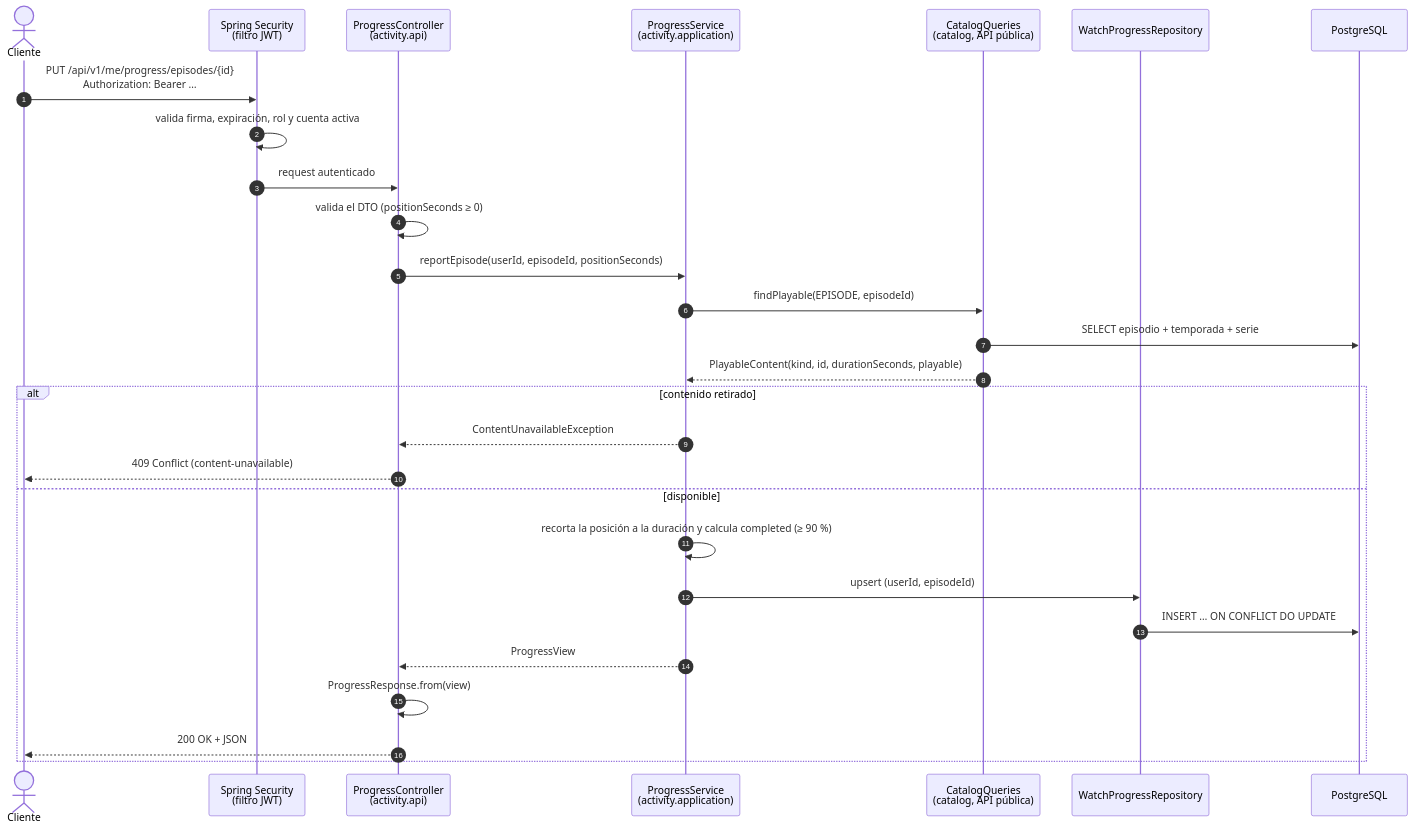
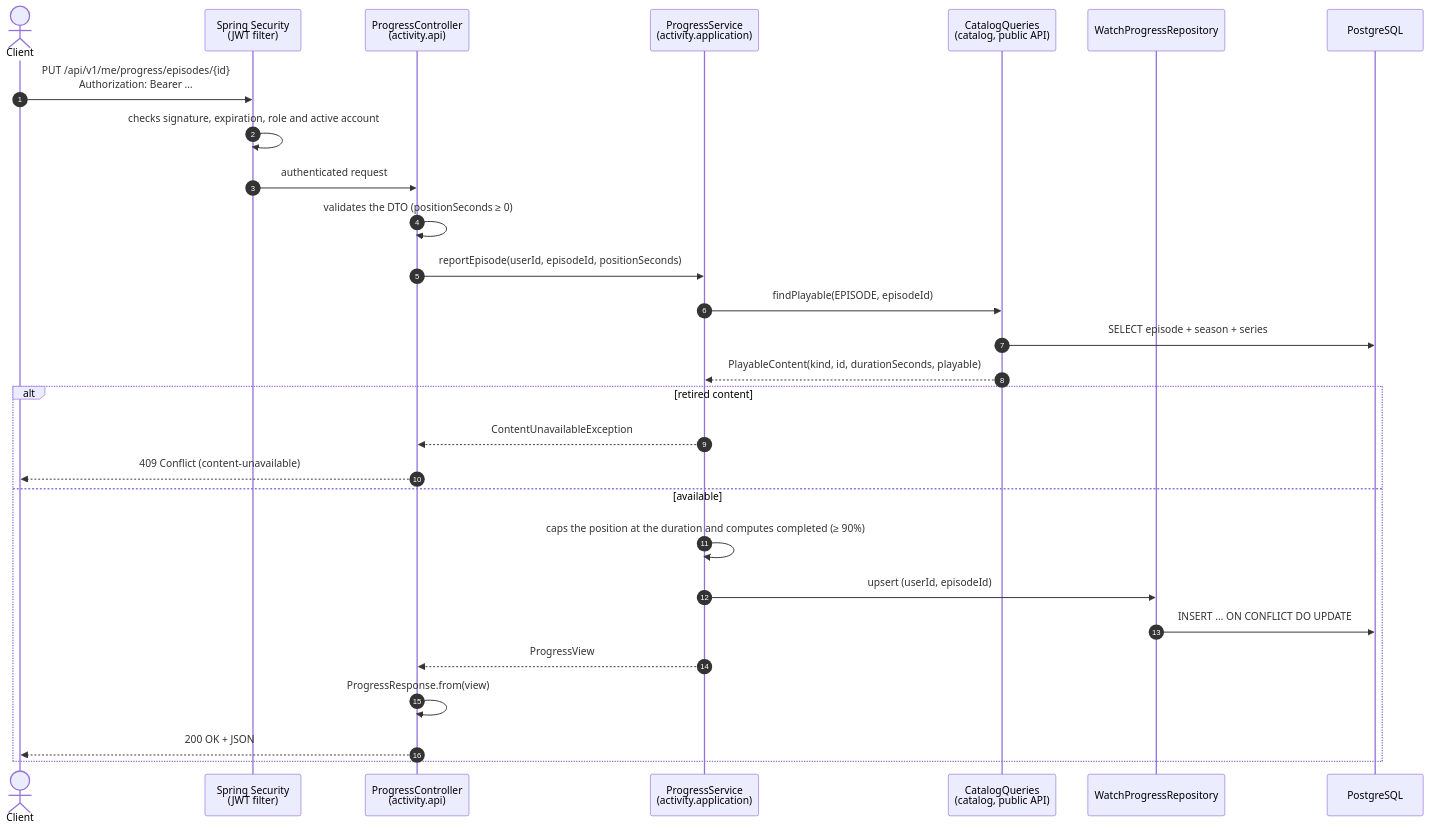
Before and after one commit to paulaciano/streamstories: the third of 3 diagrams in docs/02-architecture.md, drawn with Mermaid. The commit also changed other lines of this file and 26 other files, not shown here.

````diff
--- a/docs/02-architecture.md
+++ b/docs/02-architecture.md
@@ -173,31 +173,31 @@
 ```mermaid
 sequenceDiagram
     autonumber
-    actor U as Cliente
-    participant F as Spring Security<br/>(filtro JWT)
+    actor U as Client
+    participant F as Spring Security<br/>(JWT filter)
     participant C as ProgressController<br/>(activity.api)
     participant S as ProgressService<br/>(activity.application)
-    participant Q as CatalogQueries<br/>(catalog, API pública)
+    participant Q as CatalogQueries<br/>(catalog, public API)
     participant R as WatchProgressRepository
     participant DB as PostgreSQL
 
     U->>F: PUT /api/v1/me/progress/episodes/{id}<br/>Authorization: Bearer …
-    F->>F: valida firma, expiración, rol y cuenta activa
-    F->>C: request autenticado
-    C->>C: valida el DTO (positionSeconds ≥ 0)
+    F->>F: checks signature, expiration, role and active account
+    F->>C: authenticated request
+    C->>C: validates the DTO (positionSeconds ≥ 0)
     C->>S: reportEpisode(userId, episodeId, positionSeconds)
     S->>Q: findPlayable(EPISODE, episodeId)
-    Q->>DB: SELECT episodio + temporada + serie
+    Q->>DB: SELECT episode + season + series
     Q-->>S: PlayableContent(kind, id, durationSeconds, playable)
-    alt contenido retirado
+    alt retired content
         S-->>C: ContentUnavailableException
         C-->>U: 409 Conflict (content-unavailable)
-    else disponible
-        S->>S: recorta la posición a la duración y calcula completed (≥ 90 %)
+    else available
+        S->>S: caps the position at the duration and computes completed (≥ 90%)
         S->>R: upsert (userId, episodeId)
         R->>DB: INSERT … ON CONFLICT DO UPDATE
         S-->>C: ProgressView
         C->>C: ProgressResponse.from(view)
         C-->>U: 200 OK + JSON
     end
 ```
````
